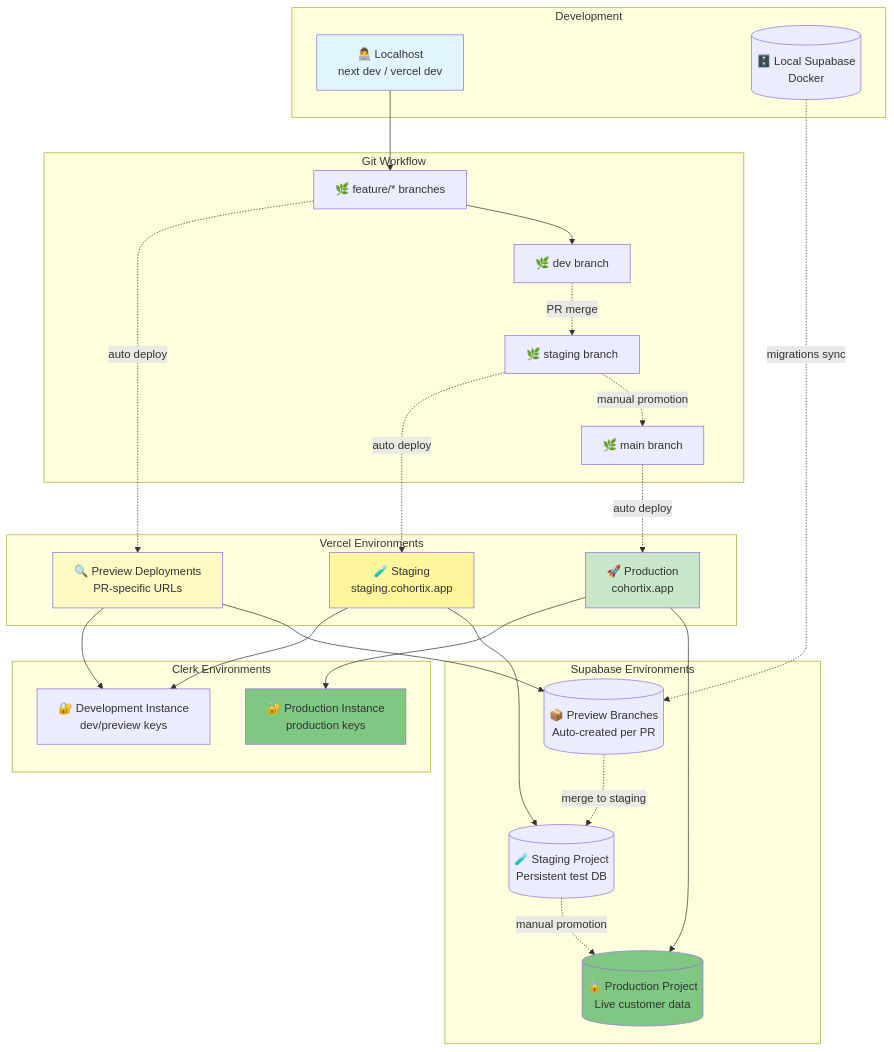
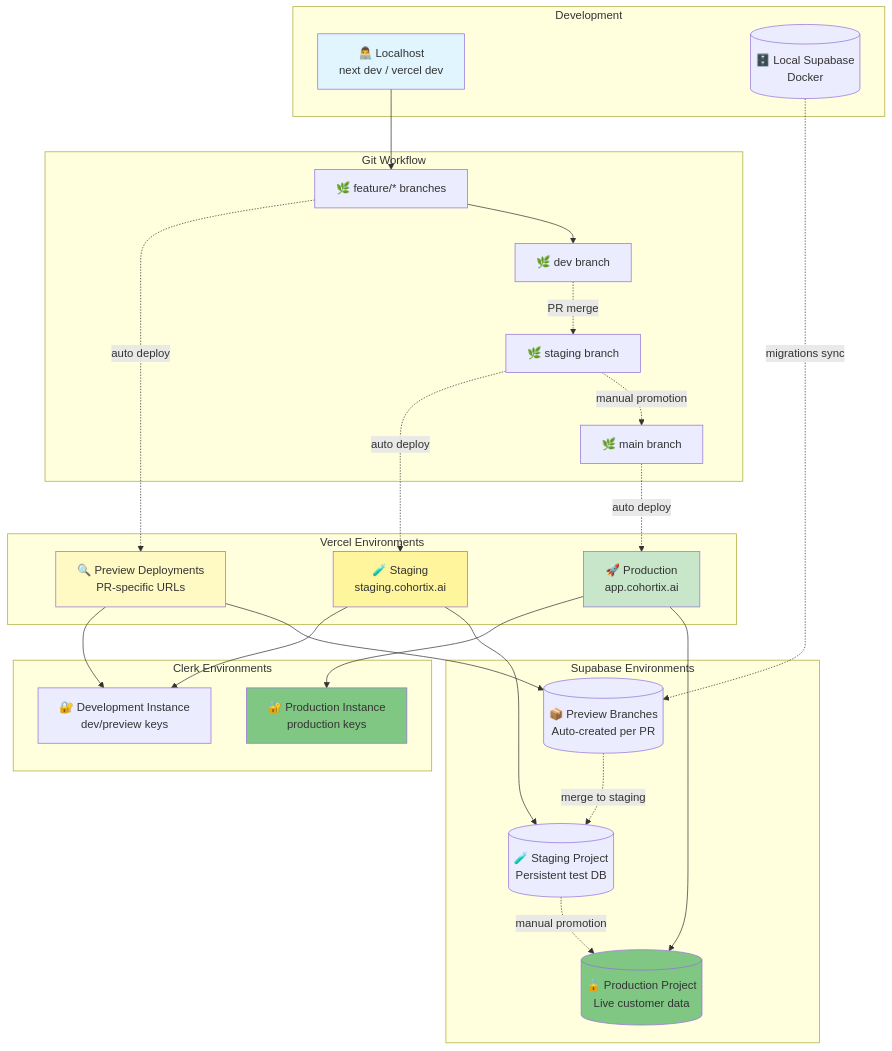
The diagram in docs/guides/ENVIRONMENT-STRATEGY.md (axon-org/cohortix), drawn with Mermaid before and after one commit. The commit also changed other lines of this file and 10 other files, not shown here.

````diff
--- a/docs/guides/ENVIRONMENT-STRATEGY.md
+++ b/docs/guides/ENVIRONMENT-STRATEGY.md
@@ -22,58 +22,58 @@
 ```mermaid
 graph TB
     subgraph "Development"
         LOCAL[👨‍💻 Localhost<br/>next dev / vercel dev]
         LOCAL_DB[(🗄️ Local Supabase<br/>Docker)]
     end
 
     subgraph "Git Workflow"
         FEAT[🌿 feature/* branches]
         DEV[🌿 dev branch]
         STAGING[🌿 staging branch]
         MAIN[🌿 main branch]
     end
 
     subgraph "Vercel Environments"
         PREVIEW[🔍 Preview Deployments<br/>PR-specific URLs]
-        STAGING_DEPLOY[🧪 Staging<br/>staging.cohortix.app]
-        PROD[🚀 Production<br/>cohortix.app]
+        STAGING_DEPLOY[🧪 Staging<br/>staging.cohortix.ai]
+        PROD[🚀 Production<br/>app.cohortix.ai]
     end
 
     subgraph "Supabase Environments"
         PREVIEW_DB[(📦 Preview Branches<br/>Auto-created per PR)]
         STAGING_DB[(🧪 Staging Project<br/>Persistent test DB)]
         PROD_DB[(🔒 Production Project<br/>Live customer data)]
     end
 
     subgraph "Clerk Environments"
         DEV_CLERK[🔐 Development Instance<br/>dev/preview keys]
         PROD_CLERK[🔐 Production Instance<br/>production keys]
     end
 
     LOCAL --> FEAT
     FEAT --> DEV
     DEV -.PR merge.-> STAGING
     STAGING -.manual promotion.-> MAIN
 
     FEAT -.auto deploy.-> PREVIEW
     STAGING -.auto deploy.-> STAGING_DEPLOY
     MAIN -.auto deploy.-> PROD
 
     PREVIEW --> PREVIEW_DB
     PREVIEW --> DEV_CLERK
     STAGING_DEPLOY --> STAGING_DB
     STAGING_DEPLOY --> DEV_CLERK
     PROD --> PROD_DB
     PROD --> PROD_CLERK
 
     LOCAL_DB -.migrations sync.-> PREVIEW_DB
     PREVIEW_DB -.merge to staging.-> STAGING_DB
     STAGING_DB -.manual promotion.-> PROD_DB
 
     style LOCAL fill:#e1f5fe
     style PREVIEW fill:#fff9c4
     style STAGING_DEPLOY fill:#fff59d
     style PROD fill:#c8e6c9
     style PROD_DB fill:#81c784
     style PROD_CLERK fill:#81c784
 ```
````
